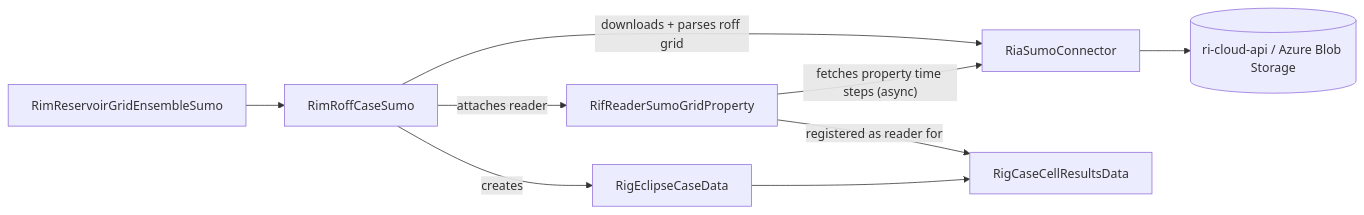
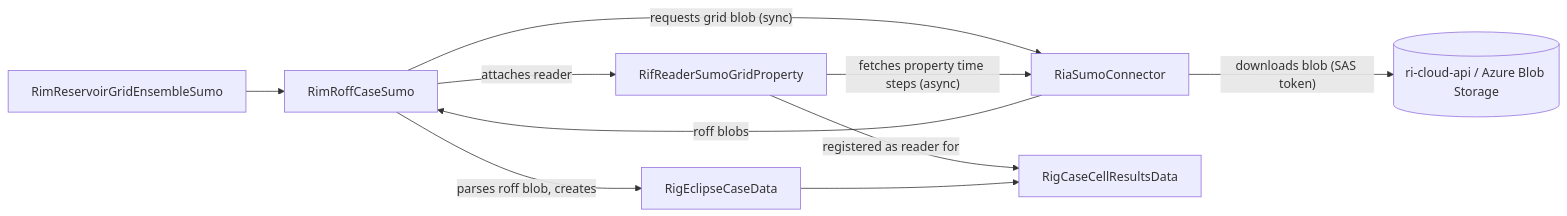
Before and after one commit to OPM/ResInsight: the second of 3 diagrams in docs/cloud-data-architecture.md, drawn with Mermaid. The commit also changed other lines of this file, not shown here.

Commit message:
Adjust doc

````diff
--- a/docs/cloud-data-architecture.md
+++ b/docs/cloud-data-architecture.md
@@ -119,11 +119,12 @@
 ```mermaid
 flowchart LR
     Ensemble[RimReservoirGridEnsembleSumo] --> Case[RimRoffCaseSumo]
+    Case -- "requests grid blob (sync)" --> Connector[RiaSumoConnector]
+    Connector -- "roff blobs" --> Case
+    Case -- "parses roff blob, creates" --> CaseData[RigEclipseCaseData]
     Case -- attaches reader --> Reader[RifReaderSumoGridProperty]
-    Case -- "downloads + parses roff grid" --> Connector[RiaSumoConnector]
-    Case -- creates --> CaseData[RigEclipseCaseData]
     Reader -- "fetches property time steps (async)" --> Connector
     Reader -- registered as reader for --> Results[RigCaseCellResultsData]
     CaseData --> Results
-    Connector --> Sumo[(ri-cloud-api / Azure Blob Storage)]
+    Connector -- "downloads blob (SAS token)" --> Sumo[(ri-cloud-api / Azure Blob Storage)]
 ```
````
